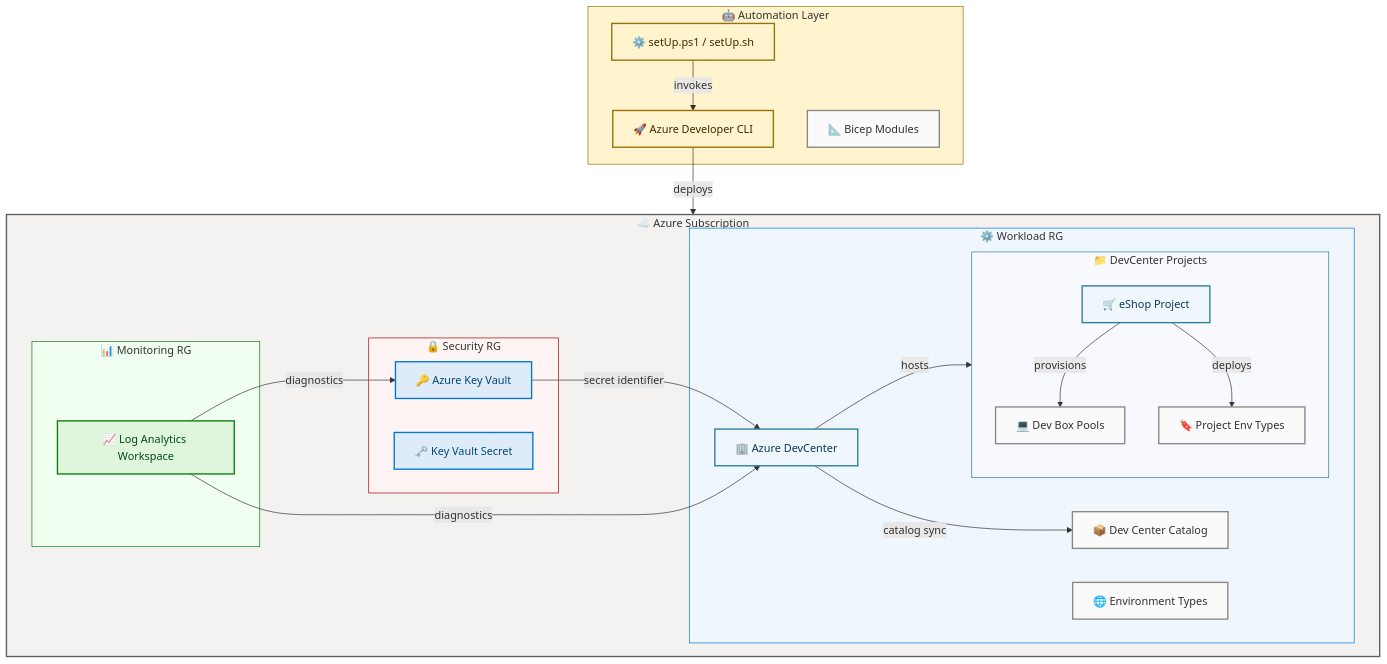
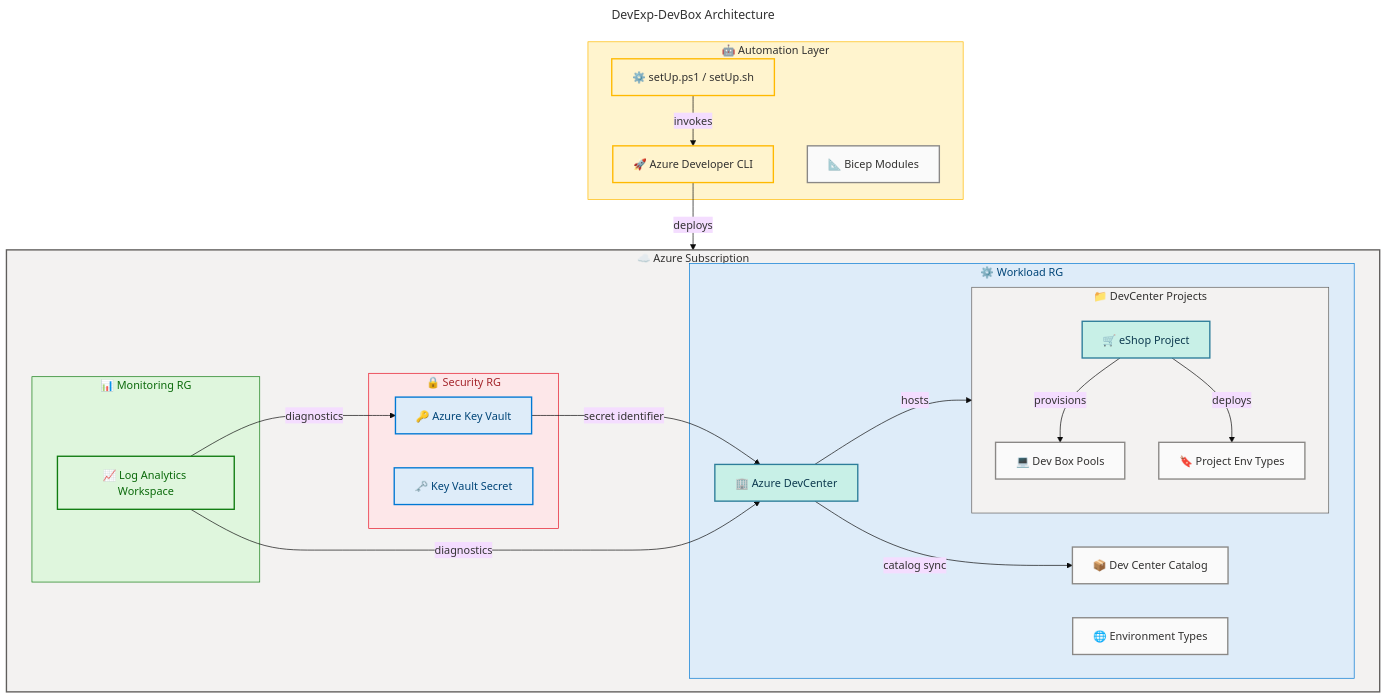
Before and after one commit to Evilazaro/DevExp-DevBox: the diagram in README.md, drawn with Mermaid.

Commit message:
docs: enhance architecture diagram in README.md with detailed descriptions and styling improvements

````diff
--- a/README.md
+++ b/README.md
@@ -78,55 +78,84 @@
 ```mermaid
+---
+title: DevExp-DevBox Architecture
+config:
+  theme: base
+  look: classic
+  layout: dagre
+  themeVariables:
+    fontSize: '16px'
+---
 flowchart TD
-    classDef neutral fill:#FAFAFA,stroke:#8A8886,stroke-width:2px,color:#323130
-    classDef azureBlue fill:#DEECF9,stroke:#0078D4,stroke-width:2px,color:#004578
-    classDef azureGreen fill:#DFF6DD,stroke:#107C10,stroke-width:2px,color:#054B16
-    classDef warning fill:#FFF4CE,stroke:#986F0B,stroke-width:2px,color:#3B2C00
-    classDef azureTeal fill:#EFF6FC,stroke:#2D7D9A,stroke-width:2px,color:#0D3A4F
+    accTitle: DevExp-DevBox Architecture
+    accDescr: Shows the full DevExp-DevBox deployment architecture including the Automation Layer (setUp scripts and Azure Developer CLI), Azure Subscription structure with Security, Monitoring, and Workload resource groups, and dependencies between DevCenter, Key Vault, Log Analytics Workspace, and DevCenter projects
+
+    %% ═══════════════════════════════════════════════════════════════════════════
+    %% AZURE / FLUENT ARCHITECTURE PATTERN v1.1
+    %% (Semantic + Structural + Font + Accessibility Governance)
+    %% ═══════════════════════════════════════════════════════════════════════════
+    %% PHASE 1 - STRUCTURAL: Direction explicit, flat topology, nesting ≤ 3
+    %% PHASE 2 - SEMANTIC: Colors justified, max 5 semantic classes, neutral-first
+    %% PHASE 3 - FONT: Dark text on light backgrounds, contrast ≥ 4.5:1
+    %% PHASE 4 - ACCESSIBILITY: accTitle/accDescr present, icons on all nodes
+    %% PHASE 5 - STANDARD: Governance block present, classDefs centralized
+    %% ═══════════════════════════════════════════════════════════════════════════
 
     subgraph automation["🤖 Automation Layer"]
         SETUP["⚙️ setUp.ps1 / setUp.sh"]:::warning
         AZD["🚀 Azure Developer CLI"]:::warning
         BICEP["📐 Bicep Modules"]:::neutral
     end
 
     subgraph subscription["☁️ Azure Subscription"]
         subgraph security["🔒 Security RG"]
             KV["🔑 Azure Key Vault"]:::azureBlue
             SECRET["🗝️ Key Vault Secret"]:::azureBlue
         end
 
         subgraph monitoring["📊 Monitoring RG"]
             LAW["📈 Log Analytics Workspace"]:::azureGreen
         end
 
         subgraph workload["⚙️ Workload RG"]
             DC["🏢 Azure DevCenter"]:::azureTeal
             CAT["📦 Dev Center Catalog"]:::neutral
             ENV["🌐 Environment Types"]:::neutral
 
             subgraph projects["📁 DevCenter Projects"]
                 PROJ["🛒 eShop Project"]:::azureTeal
                 POOL["💻 Dev Box Pools"]:::neutral
                 PROJEN["🔖 Project Env Types"]:::neutral
             end
         end
 
         KV -->|"secret identifier"| DC
         LAW -->|"diagnostics"| DC
         LAW -->|"diagnostics"| KV
         DC -->|"catalog sync"| CAT
         DC -->|"hosts"| projects
         PROJ -->|"provisions"| POOL
         PROJ -->|"deploys"| PROJEN
     end
 
     SETUP -->|"invokes"| AZD
     AZD -->|"deploys"| subscription
 
-    style subscription fill:#F3F2F1,stroke:#605E5C,stroke-width:2px
-    style security fill:#FFF4F4,stroke:#A80000,stroke-width:1px
-    style monitoring fill:#F0FFF0,stroke:#107C10,stroke-width:1px
-    style workload fill:#EFF6FC,stroke:#0078D4,stroke-width:1px
-    style projects fill:#F8F8FF,stroke:#2D7D9A,stroke-width:1px
-    style automation fill:#FFF4CE,stroke:#986F0B,stroke-width:1px
+    %% ============================================
+    %% SUBGRAPH STYLING (5 subgraphs = 5 directives)
+    %% ============================================
+    style subscription fill:#F3F2F1,stroke:#605E5C,stroke-width:2px,color:#323130
+    style security fill:#FDE7E9,stroke:#E81123,stroke-width:1px,color:#A4262C
+    style monitoring fill:#DFF6DD,stroke:#107C10,stroke-width:1px,color:#0B6A0B
+    style workload fill:#DEECF9,stroke:#0078D4,stroke-width:1px,color:#004578
+    style projects fill:#F3F2F1,stroke:#605E5C,stroke-width:1px,color:#323130
+    style automation fill:#FFF4CE,stroke:#FFB900,stroke-width:1px,color:#323130
+
+    %% Centralized styling - approved semantic classes only
+    classDef neutral fill:#FAFAFA,stroke:#8A8886,stroke-width:2px,color:#323130
+    classDef azureBlue fill:#DEECF9,stroke:#0078D4,stroke-width:2px,color:#004578
+    classDef azureGreen fill:#DFF6DD,stroke:#107C10,stroke-width:2px,color:#0B6A0B
+    classDef warning fill:#FFF4CE,stroke:#FFB900,stroke-width:2px,color:#323130
+    classDef azureTeal fill:#C8F0E7,stroke:#2D7D9A,stroke-width:2px,color:#0D3A4F
+
+
 ```
````
